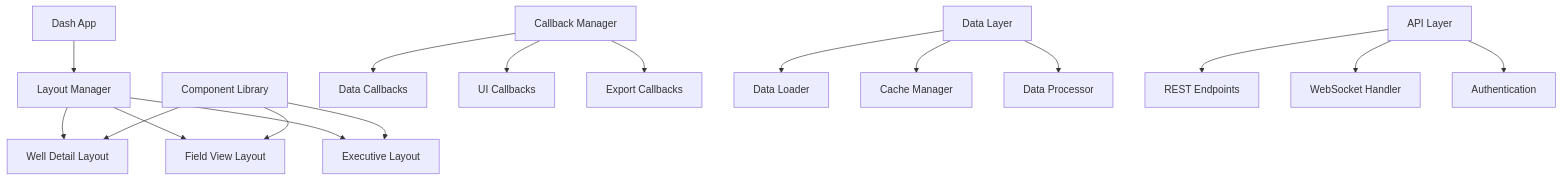
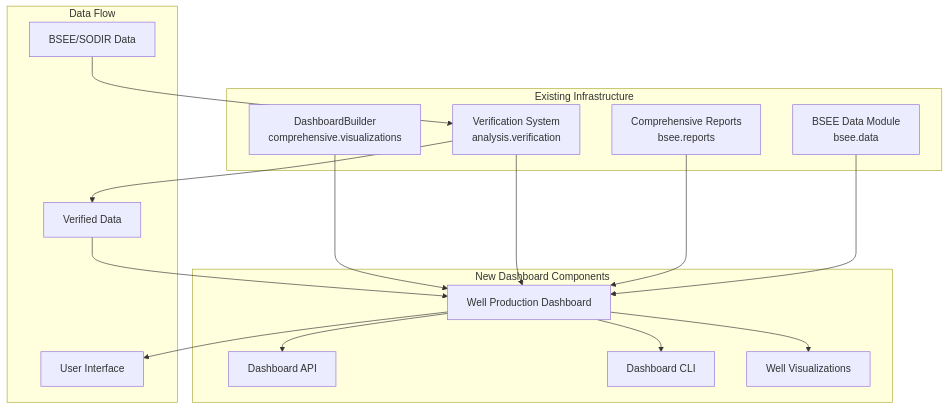
One commit to vamseeachanta/worldenergydata changed the diagram in specs/modules/analysis/well-production-dashboard/sub-specs/technical-spec.md. Above: the diagram before and after it, drawn with Mermaid. The commit also changed other lines of this file and 30 other files, not shown here.

First line of the commit message:
feat: implement well production dashboard module

````diff
--- a/specs/modules/analysis/well-production-dashboard/sub-specs/technical-spec.md
+++ b/specs/modules/analysis/well-production-dashboard/sub-specs/technical-spec.md
@@ -82,23 +42,32 @@
 ```mermaid
 graph TB
-    A[Dash App] --> B[Layout Manager]
-    B --> C[Well Detail Layout]
-    B --> D[Field View Layout]
-    B --> E[Executive Layout]
+    subgraph "Existing Infrastructure"
+        A[DashboardBuilder<br/>comprehensive.visualizations]
+        B[Verification System<br/>analysis.verification]
+        C[Comprehensive Reports<br/>bsee.reports]
+        D[BSEE Data Module<br/>bsee.data]
+    end
     
-    F[Component Library] --> C
-    F --> D
-    F --> E
+    subgraph "New Dashboard Components"
+        E[Well Production Dashboard]
+        F[Dashboard API]
+        G[Dashboard CLI]
+        H[Well Visualizations]
+    end
     
-    G[Callback Manager] --> H[Data Callbacks]
-    G --> I[UI Callbacks]
-    G --> J[Export Callbacks]
+    A --> E
+    B --> E
+    C --> E
+    D --> E
     
-    K[Data Layer] --> L[Data Loader]
-    K --> M[Cache Manager]
-    K --> N[Data Processor]
+    E --> F
+    E --> G
+    E --> H
     
-    O[API Layer] --> P[REST Endpoints]
-    O --> Q[WebSocket Handler]
-    O --> R[Authentication]
+    subgraph "Data Flow"
+        I[BSEE/SODIR Data] --> B
+        B --> J[Verified Data]
+        J --> E
+        E --> K[User Interface]
+    end
 ```
````
